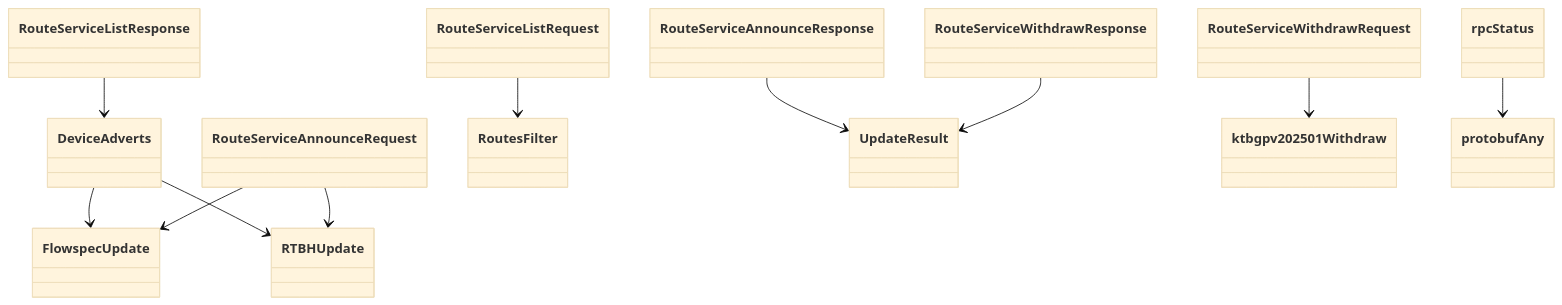
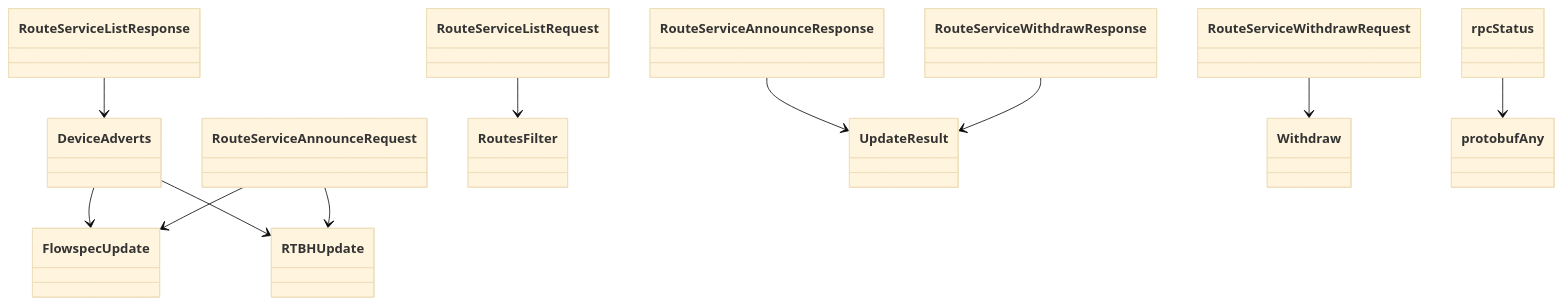
The eighth of 8 diagrams in docs/sphinx/services/ktbgp.md (alexdearaujo/community_sdk_python), drawn with Mermaid (base theme) before and after one commit. The commit also changed other lines of this file and 233 other files, not shown here.

````diff
--- a/docs/sphinx/services/ktbgp.md
+++ b/docs/sphinx/services/ktbgp.md
@@ -258,27 +258,27 @@
 ```mermaid
 classDiagram
     class DeviceAdverts
     class FlowspecUpdate
     class RTBHUpdate
     class RouteServiceAnnounceRequest
     class RouteServiceAnnounceResponse
     class RouteServiceListRequest
     class RouteServiceListResponse
     class RouteServiceWithdrawRequest
     class RouteServiceWithdrawResponse
     class RoutesFilter
     class UpdateResult
-    class ktbgpv202501Withdraw
+    class Withdraw
     class protobufAny
     class rpcStatus
     DeviceAdverts --> FlowspecUpdate
     DeviceAdverts --> RTBHUpdate
     RouteServiceAnnounceRequest --> FlowspecUpdate
     RouteServiceAnnounceRequest --> RTBHUpdate
     RouteServiceAnnounceResponse --> UpdateResult
     RouteServiceListRequest --> RoutesFilter
     RouteServiceListResponse --> DeviceAdverts
-    RouteServiceWithdrawRequest --> ktbgpv202501Withdraw
+    RouteServiceWithdrawRequest --> Withdraw
     RouteServiceWithdrawResponse --> UpdateResult
     rpcStatus --> protobufAny
 ```
````
